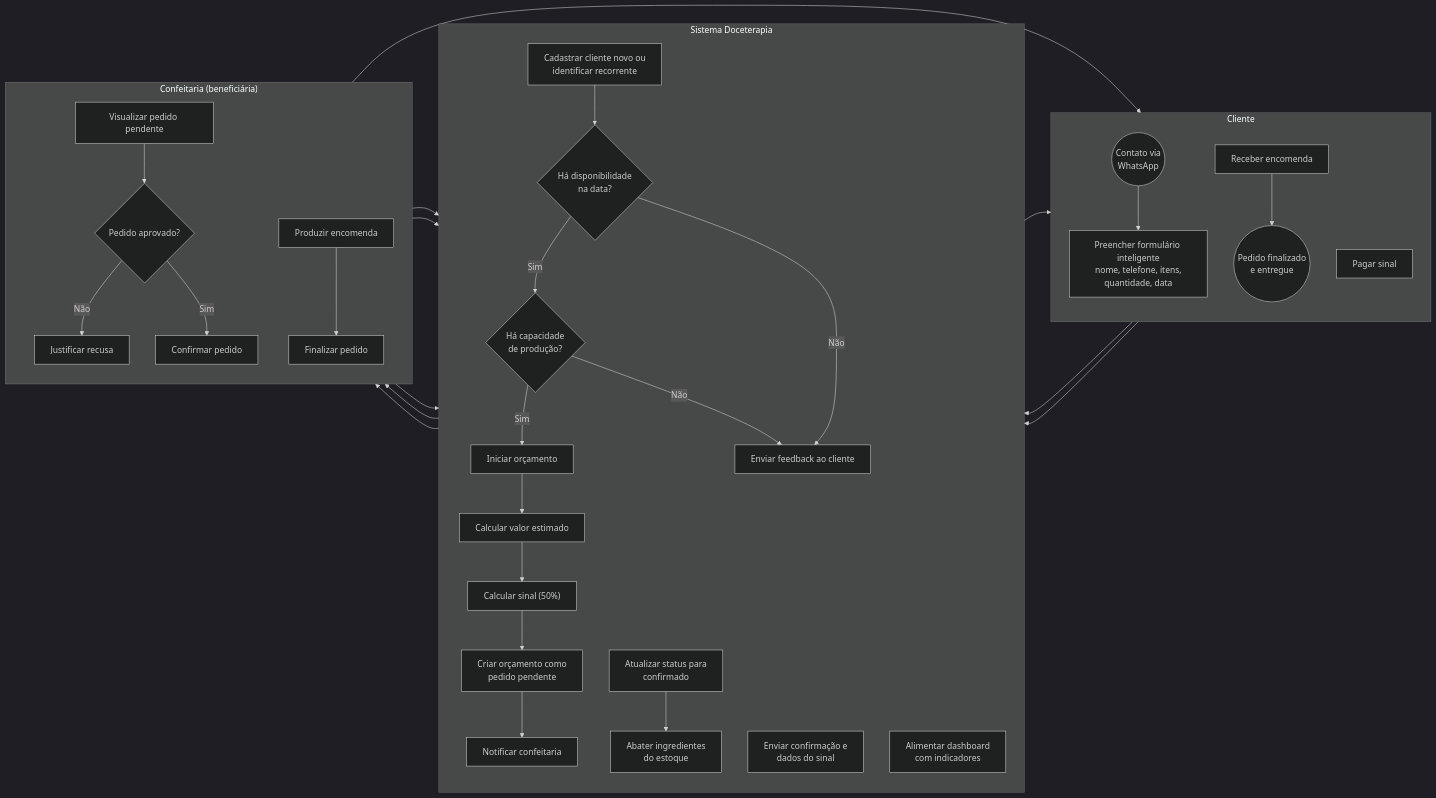
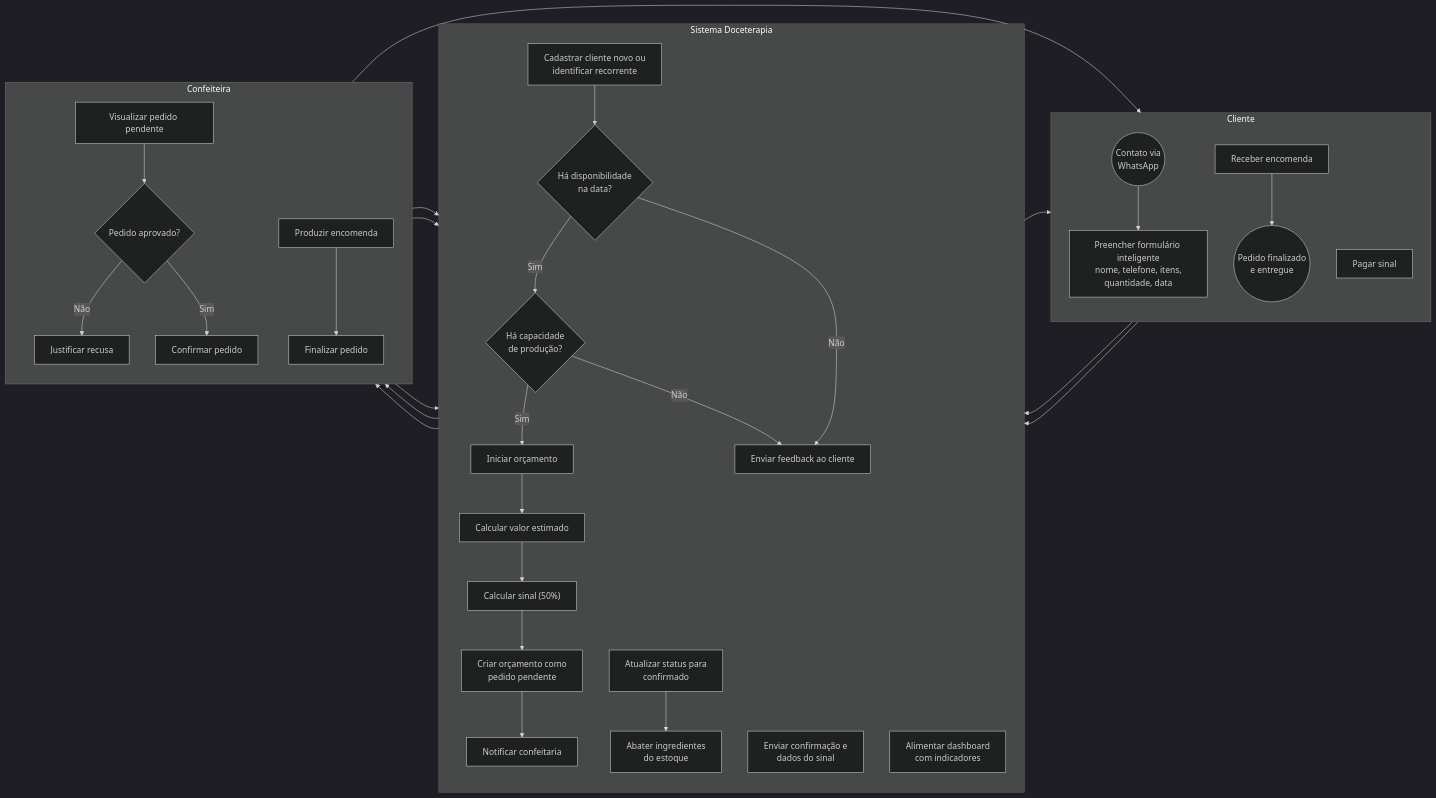
Before and after one commit to projeto-doceterapia/documentacao: the third of 9 diagrams in docs/09-regras-de-negocio.md, drawn with Mermaid (dark theme). The commit also changed other lines of this file and 18 other files, not shown here.

````diff
--- a/docs/09-regras-de-negocio.md
+++ b/docs/09-regras-de-negocio.md
@@ -103,36 +103,36 @@
 ```mermaid
 flowchart LR
     subgraph CLI["Cliente"]
         direction TB
         c0(("Contato via<br/>WhatsApp")) --> c1["Preencher formulário inteligente<br/>nome, telefone, itens,<br/>quantidade, data"]
         c2["Pagar sinal"]
         c3["Receber encomenda"] --> c4(("Pedido finalizado<br/>e entregue"))
     end
     subgraph SIS["Sistema Doceterapia"]
         direction TB
         s1["Cadastrar cliente novo ou<br/>identificar recorrente"] --> s2{"Há disponibilidade<br/>na data?"}
         s2 -- Sim --> s3{"Há capacidade<br/>de produção?"}
         s3 -- Sim --> s4["Iniciar orçamento"] --> s5["Calcular valor estimado"] --> s6["Calcular sinal (50%)"]
         s6 --> s7["Criar orçamento como<br/>pedido pendente"] --> s8["Notificar confeitaria"]
         s2 -- Não --> s9["Enviar feedback ao cliente"]
         s3 -- Não --> s9
         s10["Enviar confirmação e<br/>dados do sinal"]
         s11["Atualizar status para<br/>confirmado"]
         s12["Abater ingredientes<br/>do estoque"]
         s13["Alimentar dashboard<br/>com indicadores"]
     end
-    subgraph CONF["Confeitaria (beneficiária)"]
+    subgraph CONF["Confeiteira"]
         direction TB
         b1["Visualizar pedido pendente"] --> b2{"Pedido aprovado?"}
         b2 -- Não --> b3["Justificar recusa"]
         b2 -- Sim --> b4["Confirmar pedido"]
         b5["Produzir encomenda"] --> b6["Finalizar pedido"]
     end
     c1 --> s1
     s8 --> b1
     b3 --> s9
     b4 --> s10 --> c2 --> s11 --> b5
     s11 --> s12
     b6 --> s13
     b6 --> c3
 ```
````
